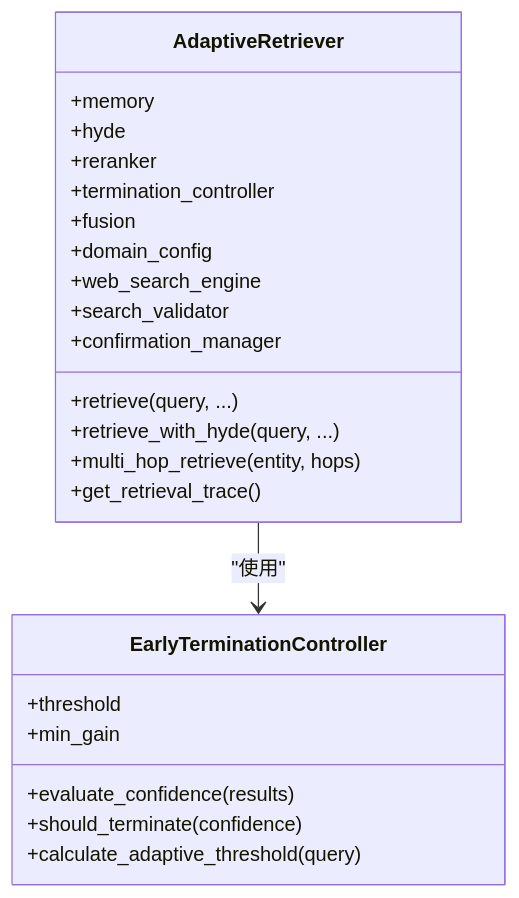
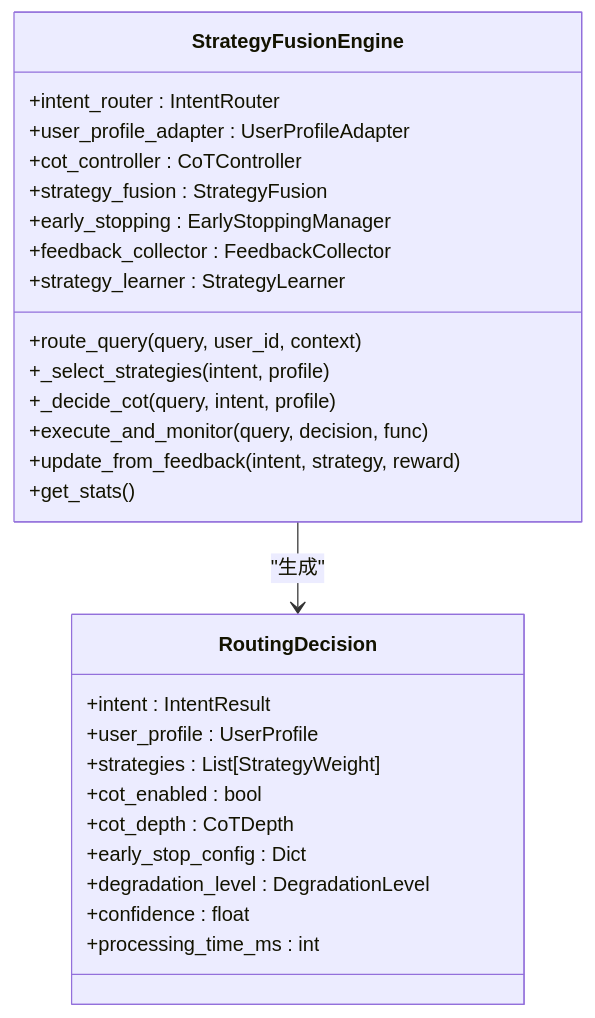
The third of 10 diagrams in .qoder/repowiki/zh/content/检索引擎模块/检索引擎模块.md (JieGaoPrinceton/NecoRAG), drawn with Mermaid before and after one commit. The commit also changed other lines of this file and 82 other files, not shown here.

````diff
--- a/.qoder/repowiki/zh/content/检索引擎模块/检索引擎模块.md
+++ b/.qoder/repowiki/zh/content/检索引擎模块/检索引擎模块.md
@@ -159,26 +170,30 @@
 ```mermaid
 classDiagram
-class AdaptiveRetriever {
-+memory
-+hyde
-+reranker
-+termination_controller
-+fusion
-+domain_config
-+web_search_engine
-+search_validator
-+confirmation_manager
-+retrieve(query, ...)
-+retrieve_with_hyde(query, ...)
-+multi_hop_retrieve(entity, hops)
-+get_retrieval_trace()
+class StrategyFusionEngine {
++intent_router : IntentRouter
++user_profile_adapter : UserProfileAdapter
++cot_controller : CoTController
++strategy_fusion : StrategyFusion
++early_stopping : EarlyStoppingManager
++feedback_collector : FeedbackCollector
++strategy_learner : StrategyLearner
++route_query(query, user_id, context)
++_select_strategies(intent, profile)
++_decide_cot(query, intent, profile)
++execute_and_monitor(query, decision, func)
++update_from_feedback(intent, strategy, reward)
++get_stats()
 }
-class EarlyTerminationController {
-+threshold
-+min_gain
-+evaluate_confidence(results)
-+should_terminate(confidence)
-+calculate_adaptive_threshold(query)
+class RoutingDecision {
++intent : IntentResult
++user_profile : UserProfile
++strategies : List[StrategyWeight]
++cot_enabled : bool
++cot_depth : CoTDepth
++early_stop_config : Dict
++degradation_level : DegradationLevel
++confidence : float
++processing_time_ms : int
 }
-AdaptiveRetriever --> EarlyTerminationController : "使用"
+StrategyFusionEngine --> RoutingDecision : "生成"
 ```
````
